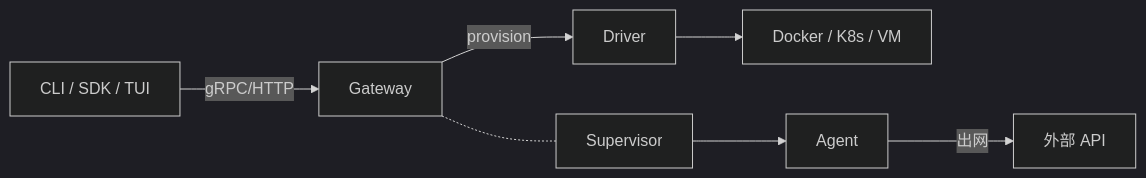
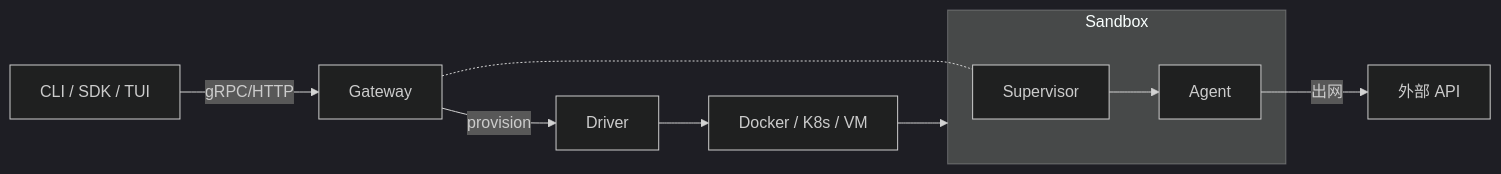
The first of 6 diagrams in _posts/2026-08-20-openshell-architecture.markdown (loveRhythm1990/loveRhythm1990.github.io), drawn with Mermaid (dark theme) before and after one commit.

Commit message:
docs: show Supervisor/Agent inside the Sandbox in the overview diagram

````diff
--- a/_posts/2026-08-20-openshell-architecture.markdown
+++ b/_posts/2026-08-20-openshell-architecture.markdown
@@ -20,9 +20,12 @@
 ```mermaid
 flowchart LR
   CLI[CLI / SDK / TUI] -- gRPC/HTTP --> GW[Gateway]
   GW -- provision --> DRV[Driver]
   DRV --> RT[Docker / K8s / VM]
-  GW -.- SUP[Supervisor]
-  SUP --> AGT[Agent]
+  subgraph SB[Sandbox]
+    SUP[Supervisor] --> AGT[Agent]
+  end
+  RT --> SB
+  GW -.- SUP
   AGT -- 出网 --> EXT[外部 API]
 ```
````
